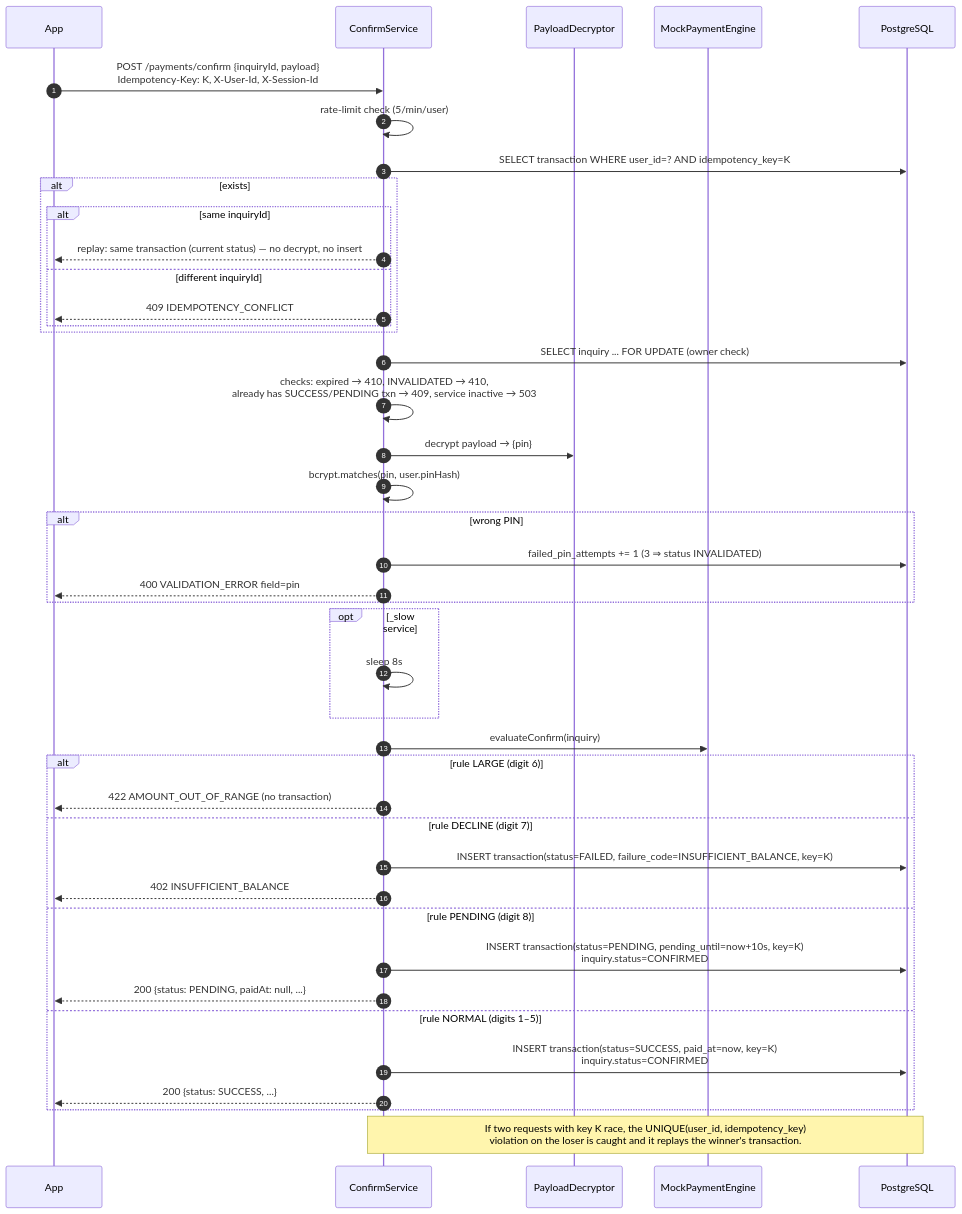
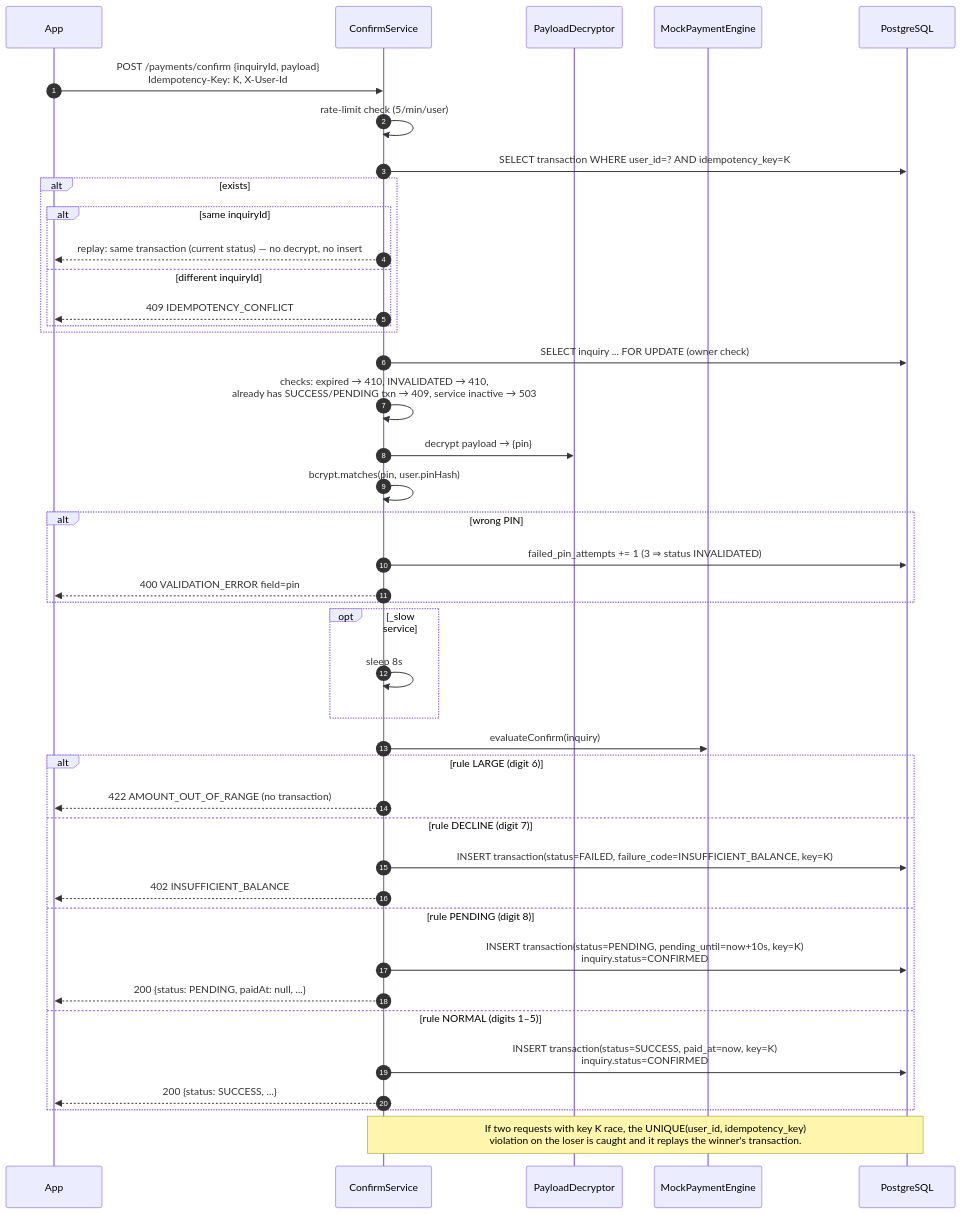
The seventh of 10 diagrams in docs/HLD.md (M-o-m-e-n/Momkn-pay-backend), drawn with Mermaid before and after one commit. The commit also changed other lines of this file and 3 other files, not shown here.

````diff
--- a/docs/HLD.md
+++ b/docs/HLD.md
@@ -322,45 +303,45 @@
 ```mermaid
 sequenceDiagram
     autonumber
     participant App
     participant CS as ConfirmService
     participant PD as PayloadDecryptor
     participant ENG as MockPaymentEngine
     participant DB as PostgreSQL
 
-    App->>CS: POST /payments/confirm {inquiryId, payload}<br/>Idempotency-Key: K, X-User-Id, X-Session-Id
+    App->>CS: POST /payments/confirm {inquiryId, payload}<br/>Idempotency-Key: K, X-User-Id
     CS->>CS: rate-limit check (5/min/user)
     CS->>DB: SELECT transaction WHERE user_id=? AND idempotency_key=K
     alt exists
         alt same inquiryId
             CS-->>App: replay: same transaction (current status) — no decrypt, no insert
         else different inquiryId
             CS-->>App: 409 IDEMPOTENCY_CONFLICT
         end
     end
     CS->>DB: SELECT inquiry ... FOR UPDATE (owner check)
     CS->>CS: checks: expired → 410, INVALIDATED → 410,<br/>already has SUCCESS/PENDING txn → 409, service inactive → 503
     CS->>PD: decrypt payload → {pin}
     CS->>CS: bcrypt.matches(pin, user.pinHash)
     alt wrong PIN
         CS->>DB: failed_pin_attempts += 1 (3 ⇒ status INVALIDATED)
         CS-->>App: 400 VALIDATION_ERROR field=pin
     end
     opt _slow service
         CS->>CS: sleep 8s
     end
     CS->>ENG: evaluateConfirm(inquiry)
     alt rule LARGE (digit 6)
         CS-->>App: 422 AMOUNT_OUT_OF_RANGE (no transaction)
     else rule DECLINE (digit 7)
         CS->>DB: INSERT transaction(status=FAILED, failure_code=INSUFFICIENT_BALANCE, key=K)
         CS-->>App: 402 INSUFFICIENT_BALANCE
     else rule PENDING (digit 8)
         CS->>DB: INSERT transaction(status=PENDING, pending_until=now+10s, key=K)<br/>inquiry.status=CONFIRMED
         CS-->>App: 200 {status: PENDING, paidAt: null, ...}
     else rule NORMAL (digits 1–5)
         CS->>DB: INSERT transaction(status=SUCCESS, paid_at=now, key=K)<br/>inquiry.status=CONFIRMED
         CS-->>App: 200 {status: SUCCESS, ...}
     end
     Note over CS,DB: If two requests with key K race, the UNIQUE(user_id, idempotency_key)<br/>violation on the loser is caught and it replays the winner's transaction.
 ```
````
